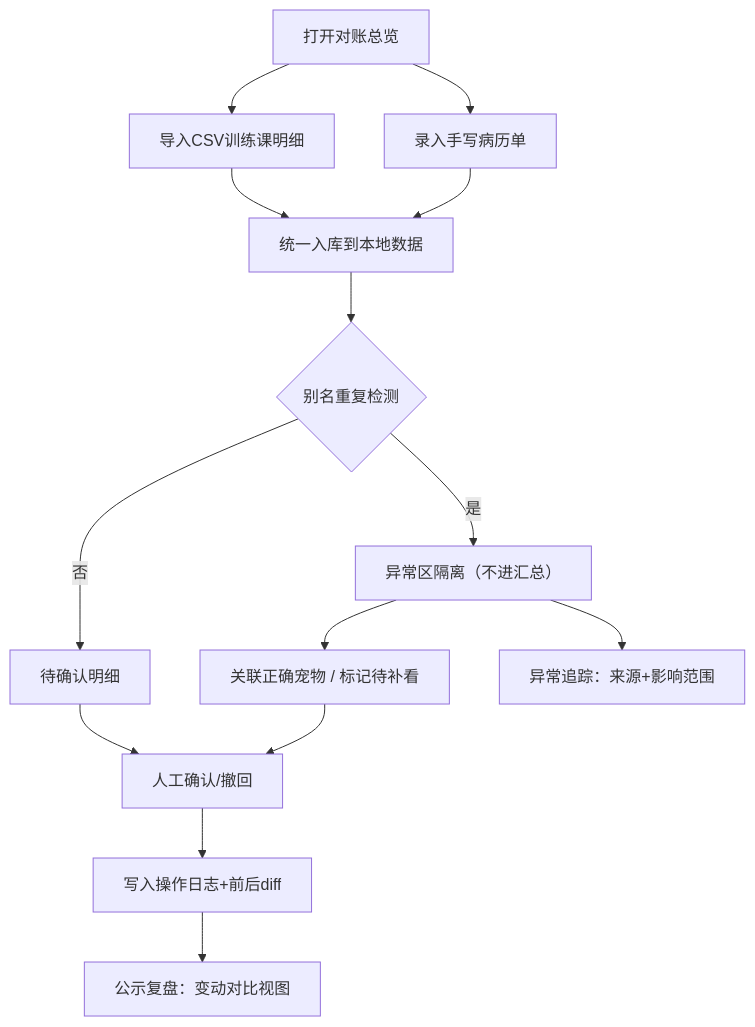
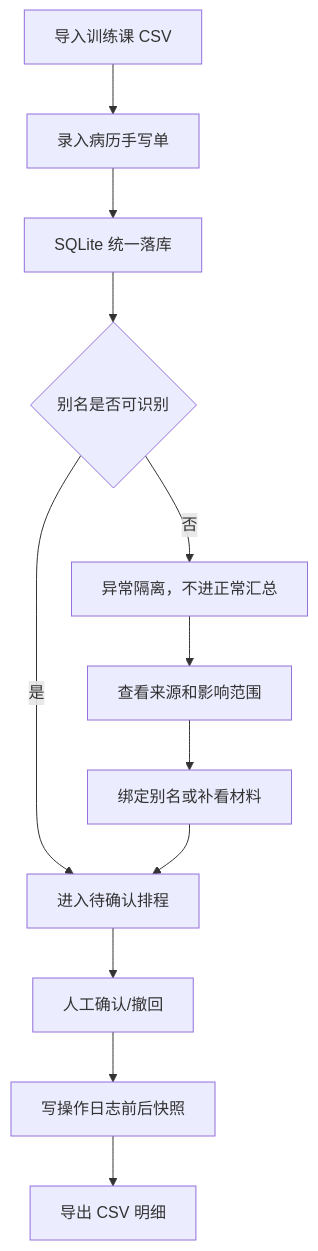
Before and after one commit to lizyyy/solo: the diagram in zy73032/.trae/documents/PRD-宠物训练课排程对账.md, drawn with Mermaid. The commit also changed other lines of this file and 42 other files, not shown here.

````diff
--- a/zy73032/.trae/documents/PRD-宠物训练课排程对账.md
+++ b/zy73032/.trae/documents/PRD-宠物训练课排程对账.md
@@ -41,16 +20,14 @@
 ```mermaid
 flowchart TD
-    A["打开对账总览"] --> B["导入CSV训练课明细"]
-    A --> C["录入手写病历单"]
-    B --> D["统一入库到本地数据"]
-    C --> D
-    D --> E{"别名重复检测"}
-    E -->|"是"| F["异常区隔离（不进汇总）"]
-    E -->|"否"| G["待确认明细"]
-    G --> H["人工确认/撤回"]
-    H --> I["写入操作日志+前后diff"]
-    F --> J["关联正确宠物 / 标记待补看"]
-    J --> H
-    I --> K["公示复盘：变动对比视图"]
-    F --> L["异常追踪：来源+影响范围"]
+  A["导入训练课 CSV"] --> B["录入病历手写单"]
+  B --> C["SQLite 统一落库"]
+  C --> D{"别名是否可识别"}
+  D -->|"是"| E["进入待确认排程"]
+  D -->|"否"| F["异常隔离，不进正常汇总"]
+  F --> G["查看来源和影响范围"]
+  G --> H["绑定别名或补看材料"]
+  H --> E
+  E --> I["人工确认/撤回"]
+  I --> J["写操作日志前后快照"]
+  J --> K["导出 CSV 明细"]
 ```
````
